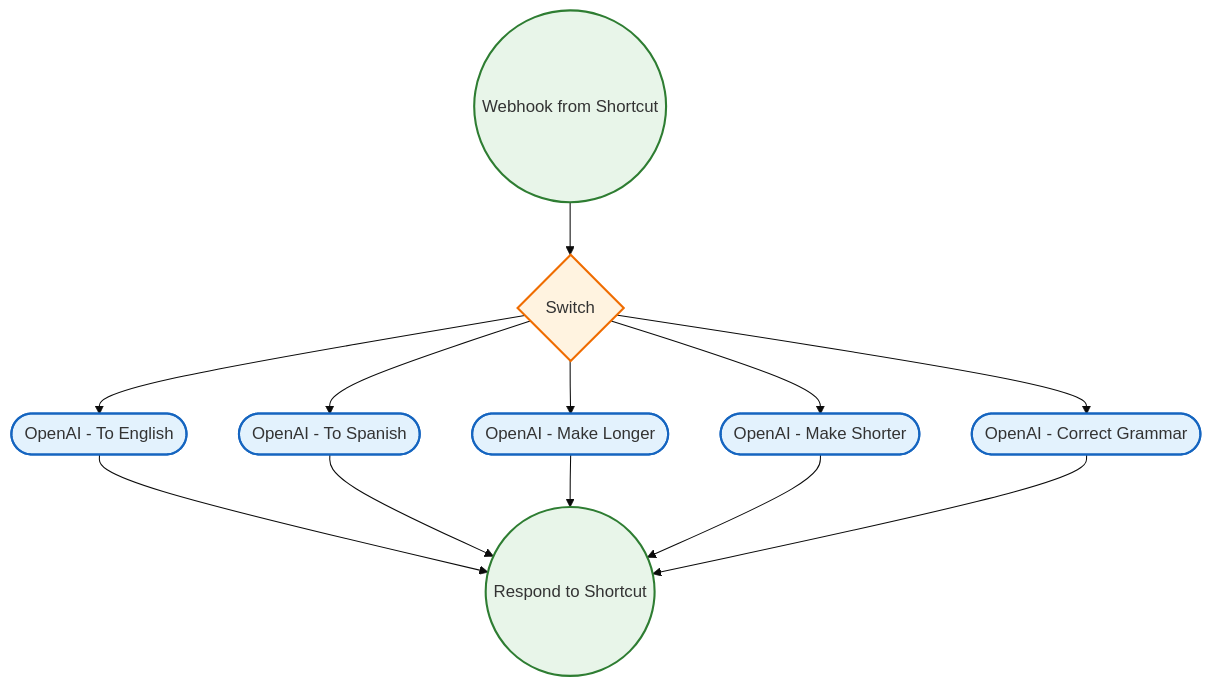
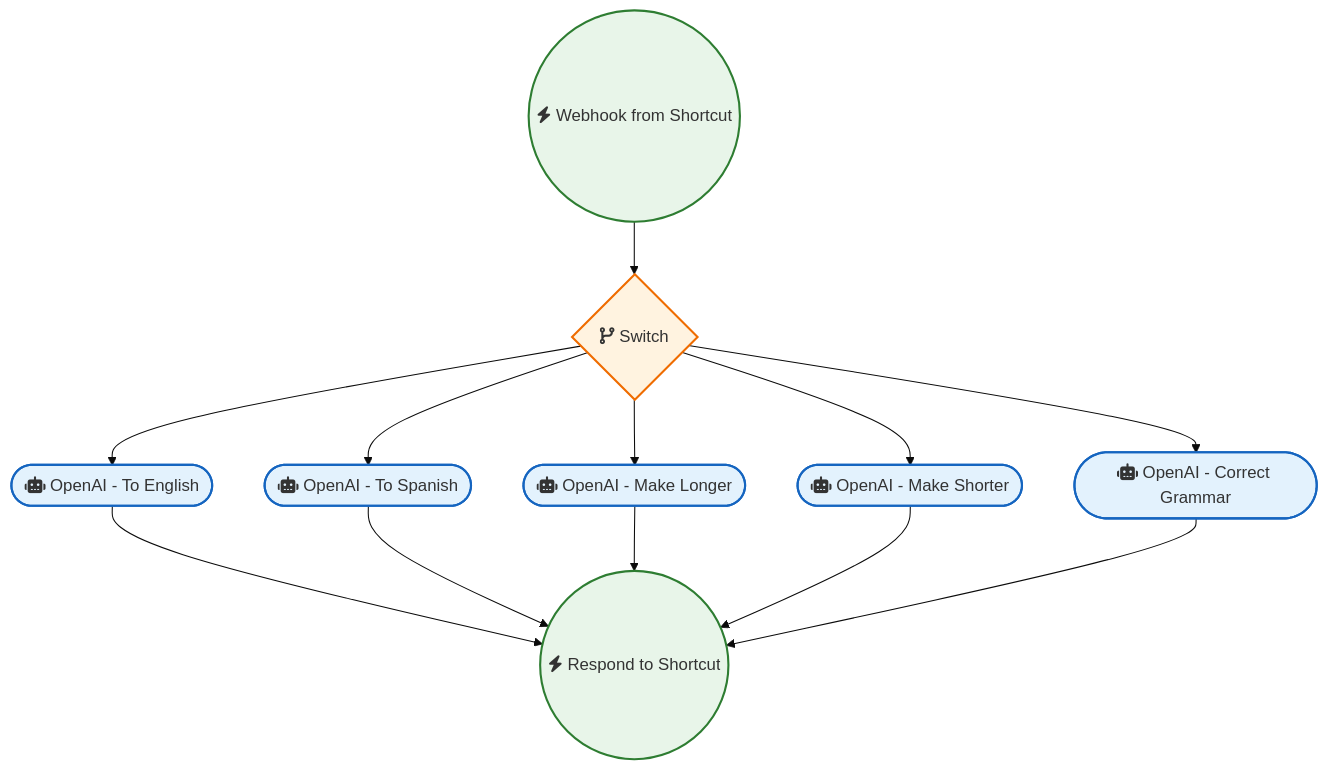
One commit to sreyash3105/N8N-DEMO-AUTOMATIONS changed the diagram in Other_Integrations_and_Use_Cases/Text Automations Using Apple Shortcuts 1.md. Above: the diagram before and after it, drawn with Mermaid (base theme). The commit also changed 291 other files, not shown here.

````diff
--- a/Other_Integrations_and_Use_Cases/Text Automations Using Apple Shortcuts 1.md
+++ b/Other_Integrations_and_Use_Cases/Text Automations Using Apple Shortcuts 1.md
@@ -1,27 +1,27 @@
 ```mermaid
 graph TD
     classDef trigger fill:#e8f5e9,stroke:#2e7d32,stroke-width:2px;
     classDef ai fill:#e3f2fd,stroke:#1565c0,stroke-width:2px;
     classDef logic fill:#fff3e0,stroke:#ef6c00,stroke-width:2px;
 
-    Switch{"Switch"}:::logic
-    Respond_to_Shortcut(("Respond to Shortcut")):::trigger
-    Webhook_from_Shortcut(("Webhook from Shortcut")):::trigger
-    OpenAI___Make_Shorter(["OpenAI - Make Shorter"]):::ai
-    OpenAI___Make_Longer(["OpenAI - Make Longer"]):::ai
-    OpenAI___Correct_Grammar(["OpenAI - Correct Grammar"]):::ai
-    OpenAI___To_Spanish(["OpenAI - To Spanish"]):::ai
-    OpenAI___To_English(["OpenAI - To English"]):::ai
+    Switch{"fas:fa-code-branch Switch"}:::logic
+    Respond_to_Shortcut(("fas:fa-bolt Respond to Shortcut")):::trigger
+    Webhook_from_Shortcut(("fas:fa-bolt Webhook from Shortcut")):::trigger
+    OpenAI___Make_Shorter(["fas:fa-robot OpenAI - Make Shorter"]):::ai
+    OpenAI___Make_Longer(["fas:fa-robot OpenAI - Make Longer"]):::ai
+    OpenAI___Correct_Grammar(["fas:fa-robot OpenAI - Correct Grammar"]):::ai
+    OpenAI___To_Spanish(["fas:fa-robot OpenAI - To Spanish"]):::ai
+    OpenAI___To_English(["fas:fa-robot OpenAI - To English"]):::ai
 
     Switch --> OpenAI___To_Spanish
     Switch --> OpenAI___To_English
     Switch --> OpenAI___Correct_Grammar
     Switch --> OpenAI___Make_Shorter
     Switch --> OpenAI___Make_Longer
     OpenAI___To_English --> Respond_to_Shortcut
     OpenAI___To_Spanish --> Respond_to_Shortcut
     OpenAI___Make_Longer --> Respond_to_Shortcut
     OpenAI___Make_Shorter --> Respond_to_Shortcut
     Webhook_from_Shortcut --> Switch
     OpenAI___Correct_Grammar --> Respond_to_Shortcut
 ```
````
